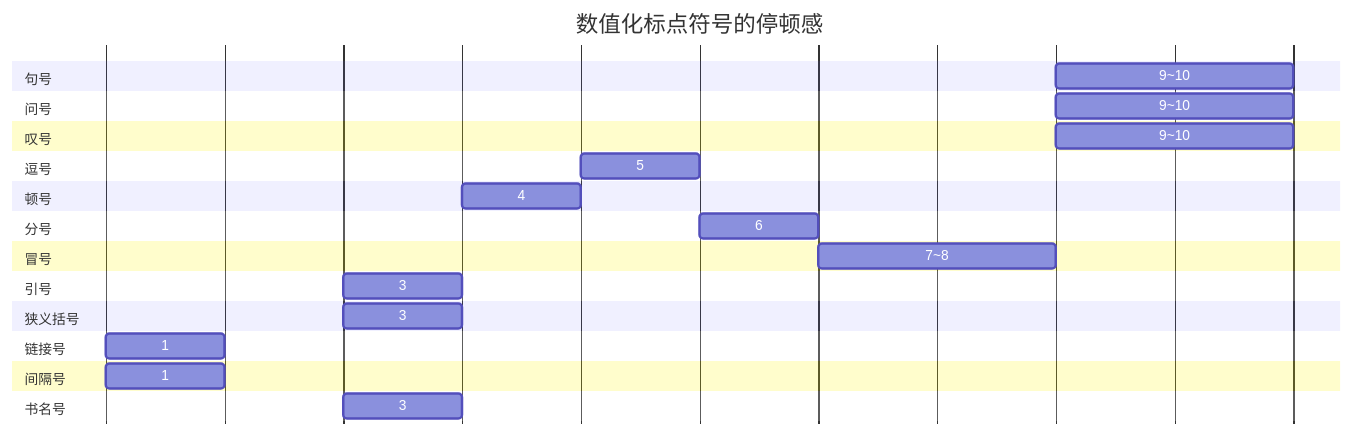
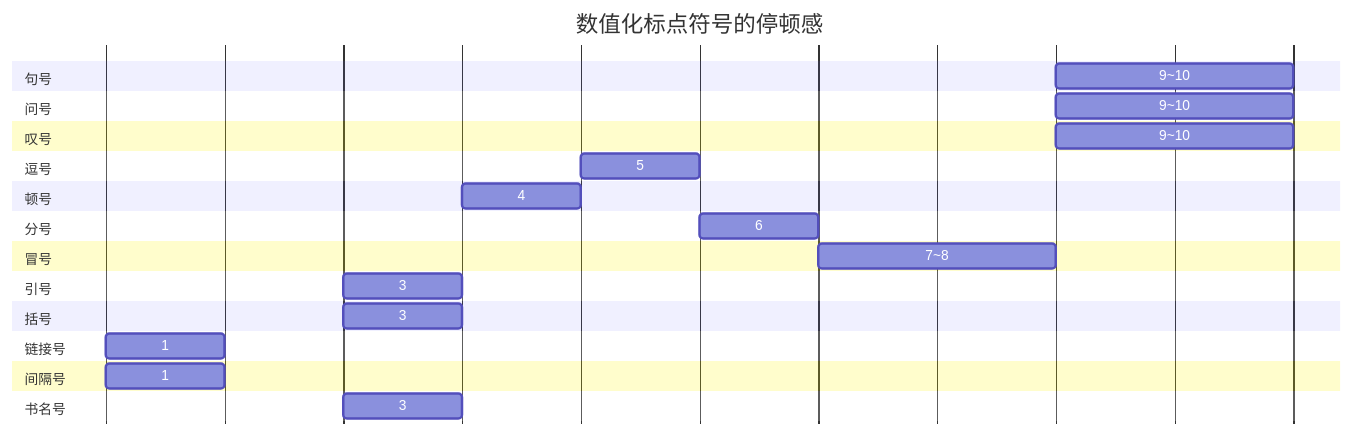
Before and after one commit to saveweb/general-writing-laws: the fourth of 4 diagrams in README.md, drawn with Mermaid. The commit also changed other lines of this file, not shown here.

````diff
--- a/README.md
+++ b/README.md
@@ -1934,42 +1889,42 @@
         ```mermaid
         gantt
             title 数值化标点符号的停顿感
             dateFormat YYYY-MM-DD
             axisFormat  
             tickInterval 1day
             %% 隐藏时间轴
             section 句号
             9~10 : 0001-01-09, 2d
             section 问号
             9~10 : 0001-01-09, 2d
             section 叹号
             9~10 : 0001-01-09, 2d
             section 逗号
             5    : 0001-01-05, 1d
             section 顿号
             4    : 0001-01-04, 1d
             section 分号
             6    : 0001-01-06, 1d
             section 冒号
             7~8  : 0001-01-07, 2d
             section 引号
             3    : 0001-01-03, 1d
-            section 狭义括号
+            section 括号
             3    : 0001-01-03, 1d
             %% section 破折号
             %% "＼" : 0001-01-01, 10d
             %% section 省略号
             %% "＼" : 0001-01-01, 10d
             %% section 着重号
             %% "＼" : 0001-01-01, 10d
             section 链接号
             1    : 0001-01-01, 1d
             section 间隔号
             1    : 0001-01-01, 1d
             section 书名号
             3    : 0001-01-03, 1d
             %% section 专名号
             %% 2    : 0001-01-01, 10d
             %% section 分隔号
             %% 2    : 0001-01-01, 10d
         ```
````
